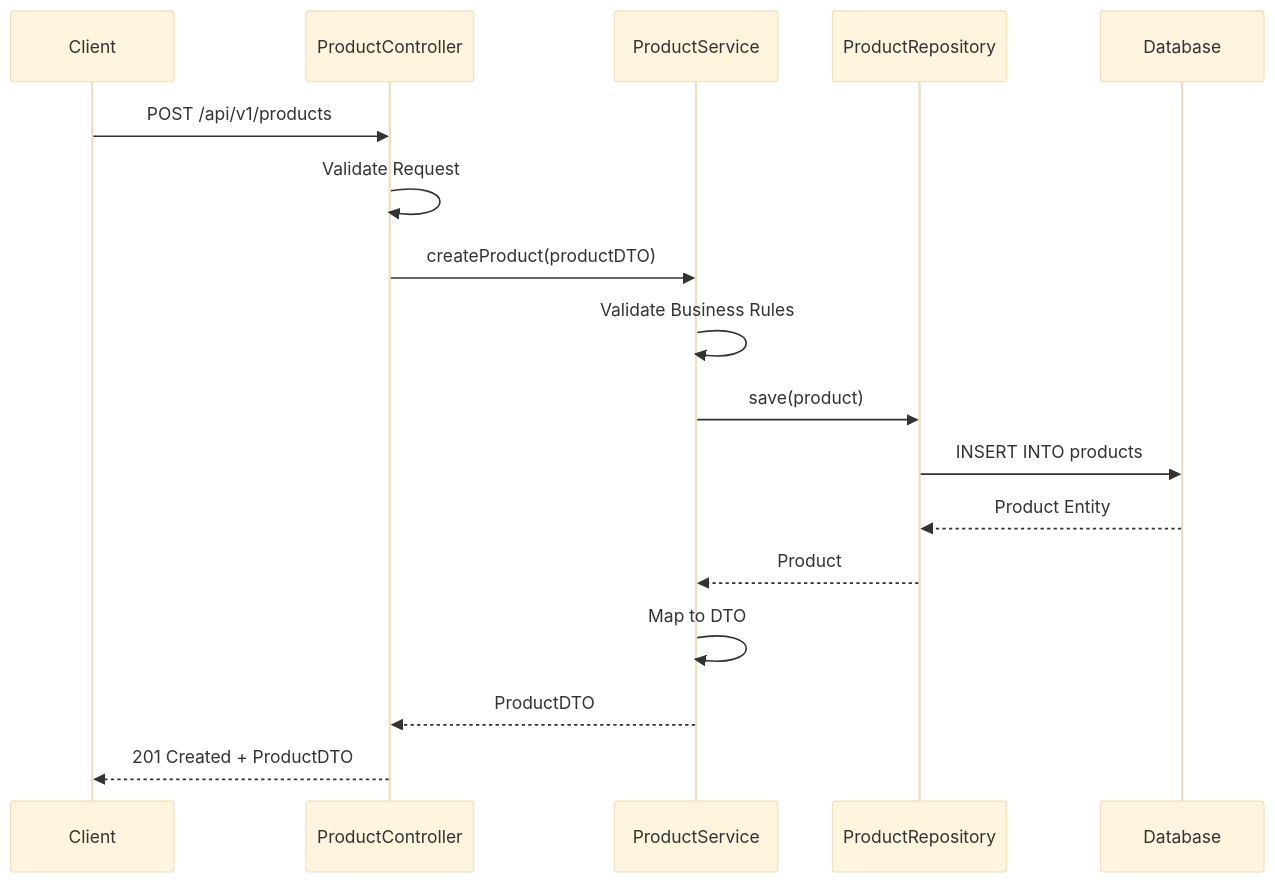
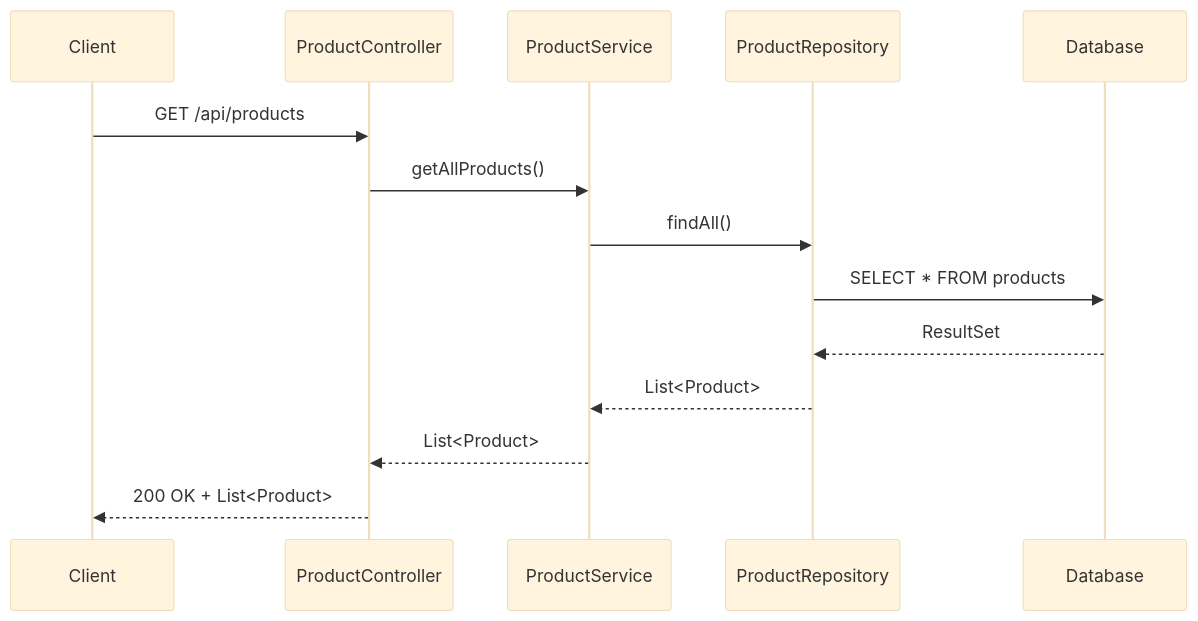
One commit to NavneetBN47/aava-ecom-demo changed the ninth of 26 diagrams in docs/LLD/modified_lld.md. Above: the diagram before and after it, drawn with Mermaid (base theme). The commit also changed other lines of this file, not shown here.

````diff
--- a/docs/LLD/modified_lld.md
+++ b/docs/LLD/modified_lld.md
@@ -907,20 +1342,17 @@
 ```mermaid
 sequenceDiagram
     participant Client
-    participant Controller as ProductController
-    participant Service as ProductService
-    participant Repository as ProductRepository
-    participant DB as Database
+    participant ProductController
+    participant ProductService
+    participant ProductRepository
+    participant Database
     
-    Client->>Controller: POST /api/v1/products
-    Controller->>Controller: Validate Request
-    Controller->>Service: createProduct(productDTO)
-    Service->>Service: Validate Business Rules
-    Service->>Repository: save(product)
-    Repository->>DB: INSERT INTO products
-    DB-->>Repository: Product Entity
-    Repository-->>Service: Product
-    Service->>Service: Map to DTO
-    Service-->>Controller: ProductDTO
-    Controller-->>Client: 201 Created + ProductDTO
+    Client->>ProductController: GET /api/products
+    ProductController->>ProductService: getAllProducts()
+    ProductService->>ProductRepository: findAll()
+    ProductRepository->>Database: SELECT * FROM products
+    Database-->>ProductRepository: ResultSet
+    ProductRepository-->>ProductService: List<Product>
+    ProductService-->>ProductController: List<Product>
+    ProductController-->>Client: 200 OK + List<Product>
 ```
````
